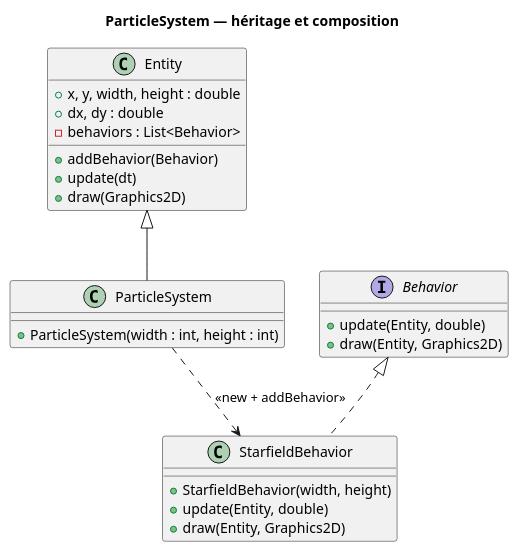
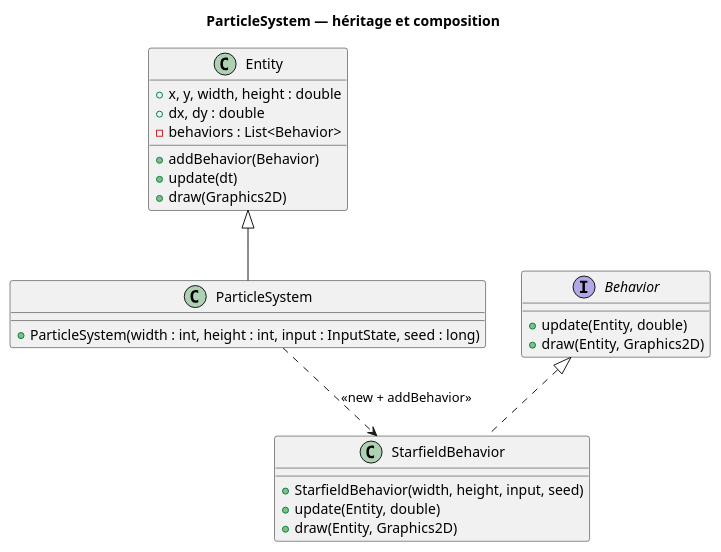
The first of 2 diagrams in src/docs/03-particle-system.md (mcgivrer/demo001-arm64), drawn with PlantUML before and after one commit. The commit also changed other lines of this file and 11 other files, not shown here.

````diff
--- a/src/docs/03-particle-system.md
+++ b/src/docs/03-particle-system.md
@@ -16,33 +16,33 @@
 ```plantuml
 @startuml
 title ParticleSystem — héritage et composition
 
 class Entity {
     + x, y, width, height : double
     + dx, dy : double
     - behaviors : List<Behavior>
     + addBehavior(Behavior)
     + update(dt)
     + draw(Graphics2D)
 }
 
 class ParticleSystem {
-    + ParticleSystem(width : int, height : int)
+    + ParticleSystem(width : int, height : int, input : InputState, seed : long)
 }
 
 interface Behavior {
     + update(Entity, double)
     + draw(Entity, Graphics2D)
 }
 
 class StarfieldBehavior {
-    + StarfieldBehavior(width, height)
+    + StarfieldBehavior(width, height, input, seed)
     + update(Entity, double)
     + draw(Entity, Graphics2D)
 }
 
 Entity <|-- ParticleSystem
 Behavior <|.. StarfieldBehavior
 ParticleSystem ..> StarfieldBehavior : <<new + addBehavior>>
 @enduml
 ```
````
